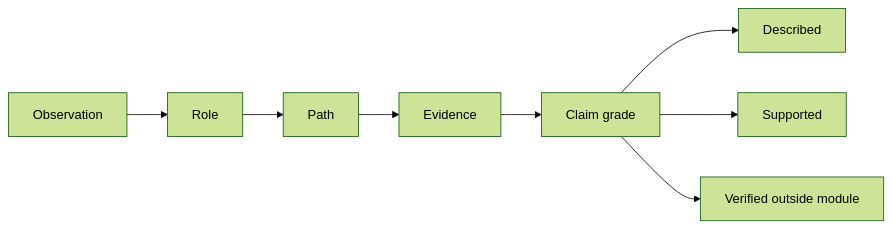
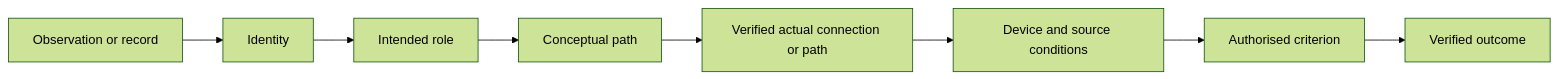
The second of 2 diagrams in docs/learning-plans/12-week/modules/day-21-week-3-earthing-and-protection-integration-checkpoint.md (andrew3stedall/capstone), drawn with Mermaid (forest theme) before and after one commit. The commit also changed other lines of this file, not shown here.

````diff
--- a/docs/learning-plans/12-week/modules/day-21-week-3-earthing-and-protection-integration-checkpoint.md
+++ b/docs/learning-plans/12-week/modules/day-21-week-3-earthing-and-protection-integration-checkpoint.md
@@ -100,7 +129,10 @@
 ```mermaid
 flowchart LR
-    O["Observation"] --> R["Role"] --> P["Path"] --> E["Evidence"] --> C["Claim grade"]
-    C --> D["Described"]
-    C --> S["Supported"]
-    C --> V["Verified outside module"]
+    O["Observation or record"] --> I["Identity"]
+    I --> R["Intended role"]
+    R --> P["Conceptual path"]
+    P --> A["Verified actual connection or path"]
+    A --> D["Device and source conditions"]
+    D --> C["Authorised criterion"]
+    C --> V["Verified outcome"]
 ```
````
